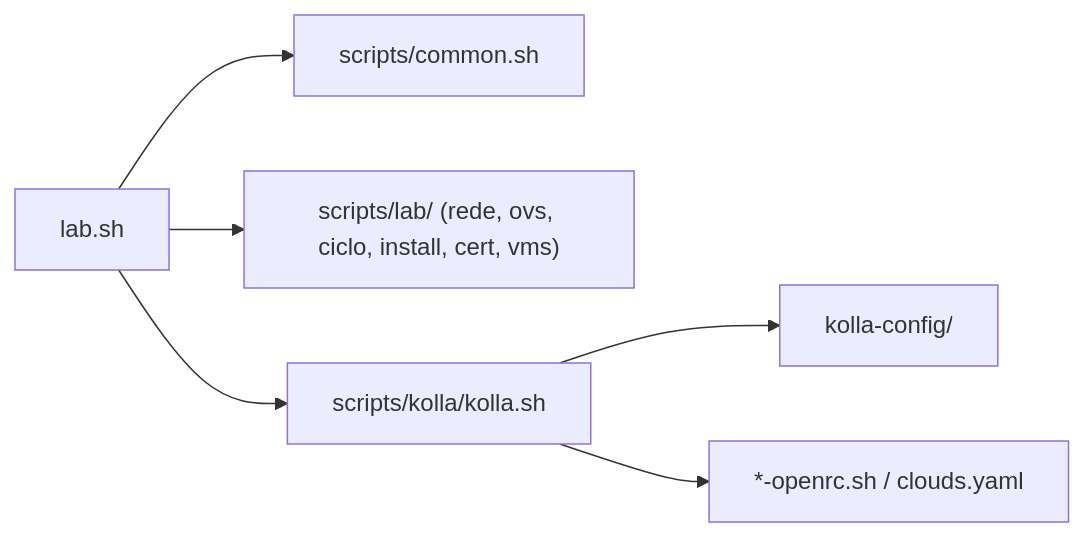
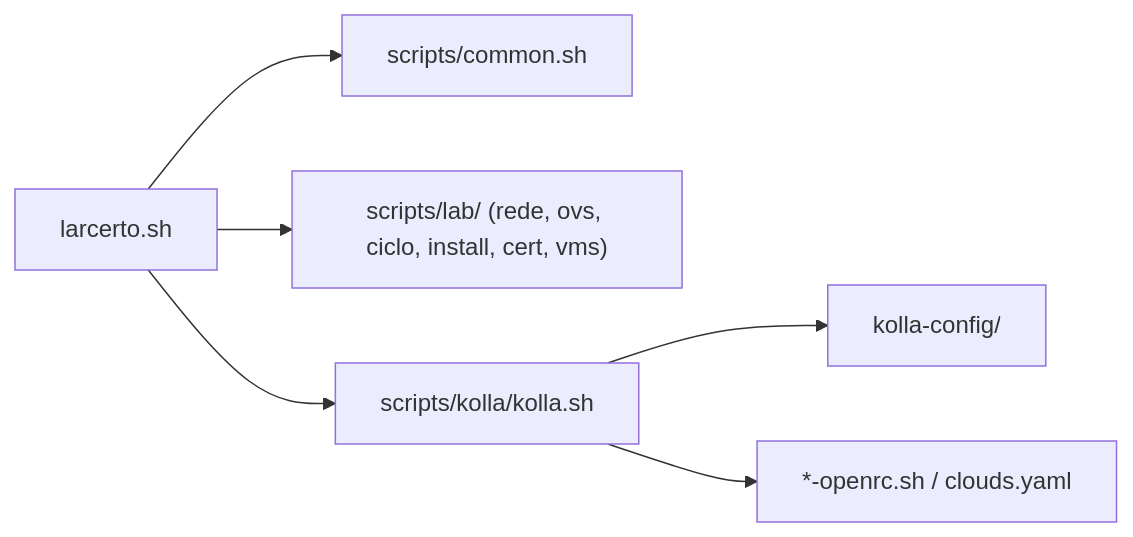
One commit to klsio22/larcerto-cloud changed the diagram in docs/README.md. Above: the diagram before and after it, drawn with Mermaid. The commit also changed other lines of this file and 23 other files, not shown here.

First line of the commit message:
Rename lab.sh to larcerto.sh

````diff
--- a/docs/README.md
+++ b/docs/README.md
@@ -22,8 +22,8 @@
 ```mermaid
 flowchart LR
-  labSh["lab.sh"] --> common["scripts/common.sh"]
+  labSh["larcerto.sh"] --> common["scripts/common.sh"]
   labSh --> lab["scripts/lab/ (rede, ovs, ciclo, install, cert, vms)"]
   labSh --> kolla["scripts/kolla/kolla.sh"]
   kolla --> kollaCfg["kolla-config/"]
   kolla --> openrc["*-openrc.sh / clouds.yaml"]
 ```
````
